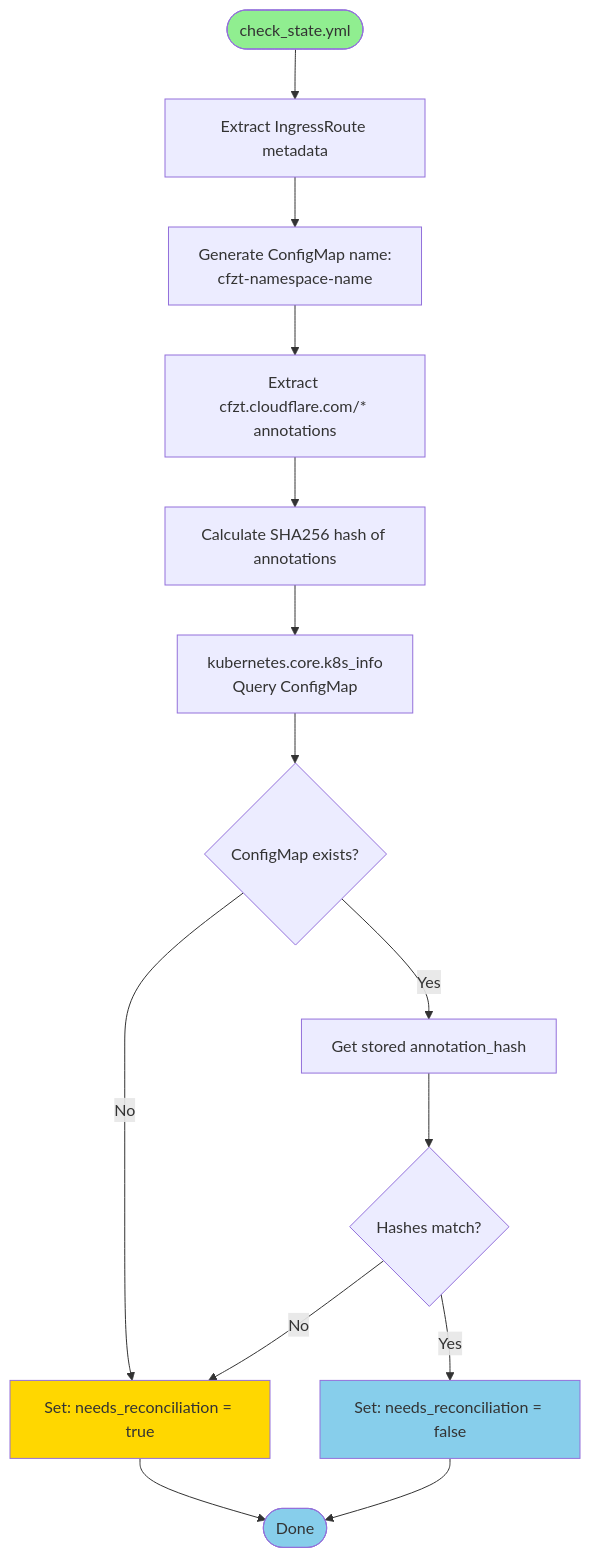
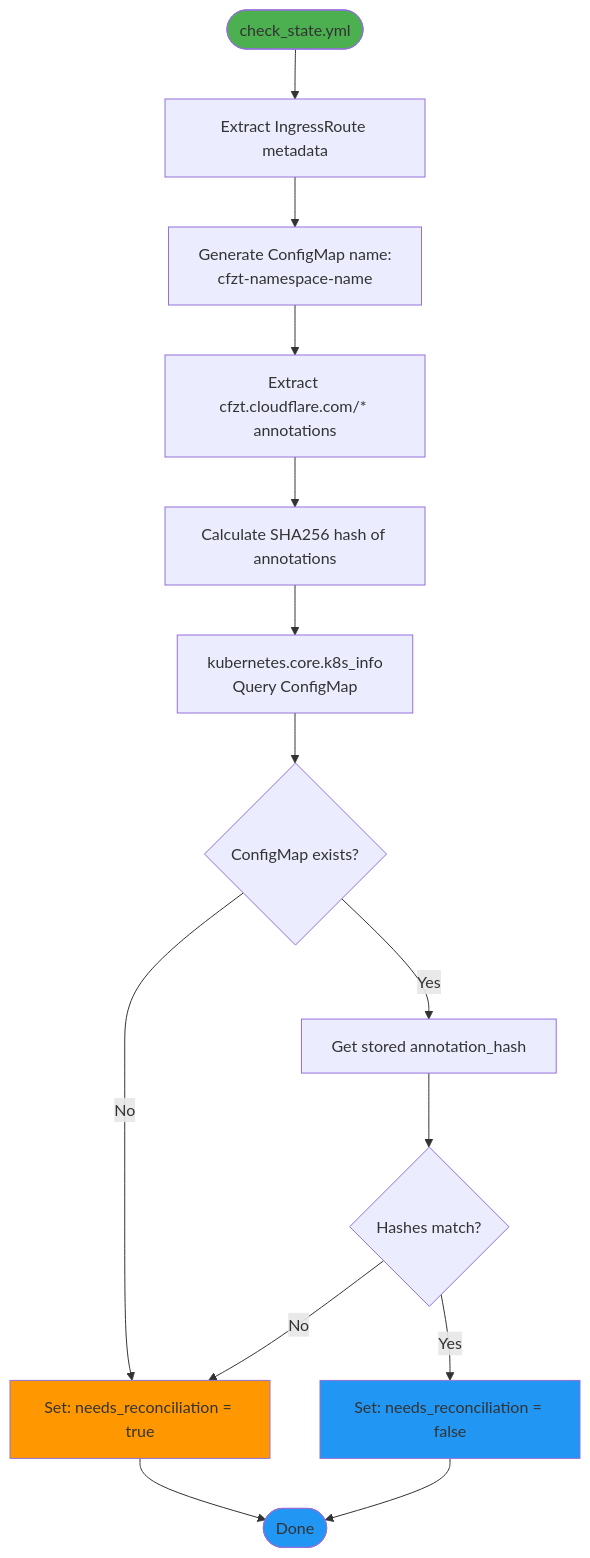
Before and after one commit to wheetazlab/cloudflare-zero-trust-operator: the seventh of 20 diagrams in docs/flow.md, drawn with Mermaid. The commit also changed other lines of this file and 1 other file, not shown here.

First line of the commit message:
fix: Replace light colors in mermaid diagrams with darker, more readable colors

````diff
--- a/docs/flow.md
+++ b/docs/flow.md
@@ -559,28 +559,28 @@
 ```mermaid
 flowchart TD
     START([check_state.yml]) --> EXTRACT[Extract IngressRoute metadata]
     EXTRACT --> GEN_NAME["Generate ConfigMap name:<br/>cfzt-namespace-name"]
     
     GEN_NAME --> PARSE_ANNO["Extract cfzt.cloudflare.com/* annotations"]
     
     PARSE_ANNO --> HASH[Calculate SHA256 hash of annotations]
     
     HASH --> CHECK_CM["kubernetes.core.k8s_info<br/>Query ConfigMap"]
     
     CHECK_CM --> EXISTS{ConfigMap exists?}
     
     EXISTS -->|No| NEED["Set: needs_reconciliation = true"]
     EXISTS -->|Yes| GET_HASH[Get stored annotation_hash]
     
     GET_HASH --> COMPARE{Hashes match?}
     COMPARE -->|No| NEED
     COMPARE -->|Yes| SKIP["Set: needs_reconciliation = false"]
     
     NEED --> END([Done])
     SKIP --> END
     
-    style START fill:#90EE90
-    style NEED fill:#FFD700
-    style SKIP fill:#87CEEB
-    style END fill:#87CEEB
+    style START fill:#4CAF50
+    style NEED fill:#FF9800
+    style SKIP fill:#2196F3
+    style END fill:#2196F3
 ```
````
